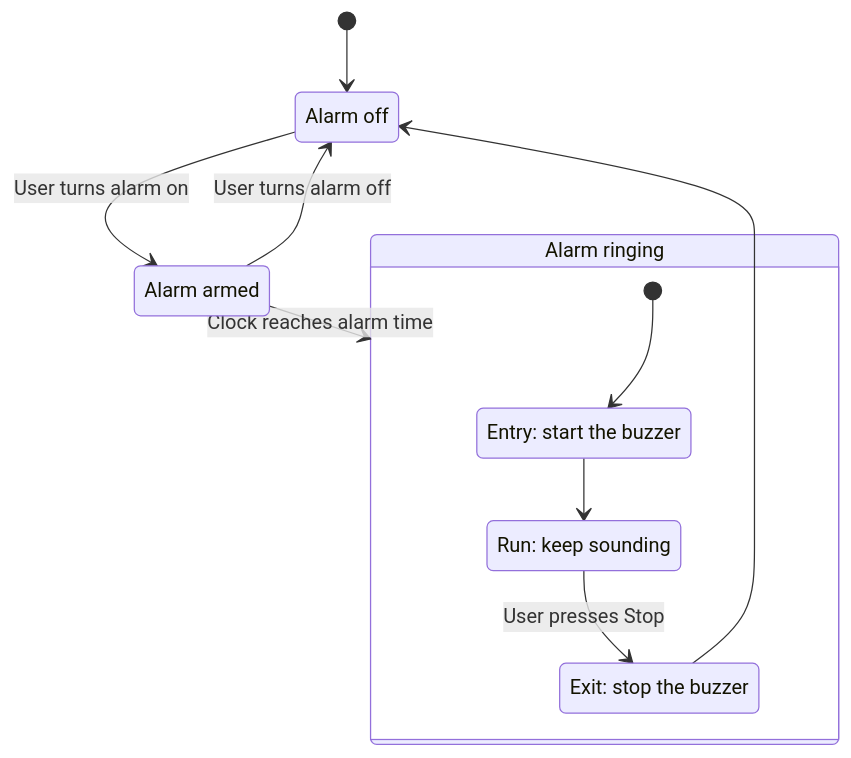
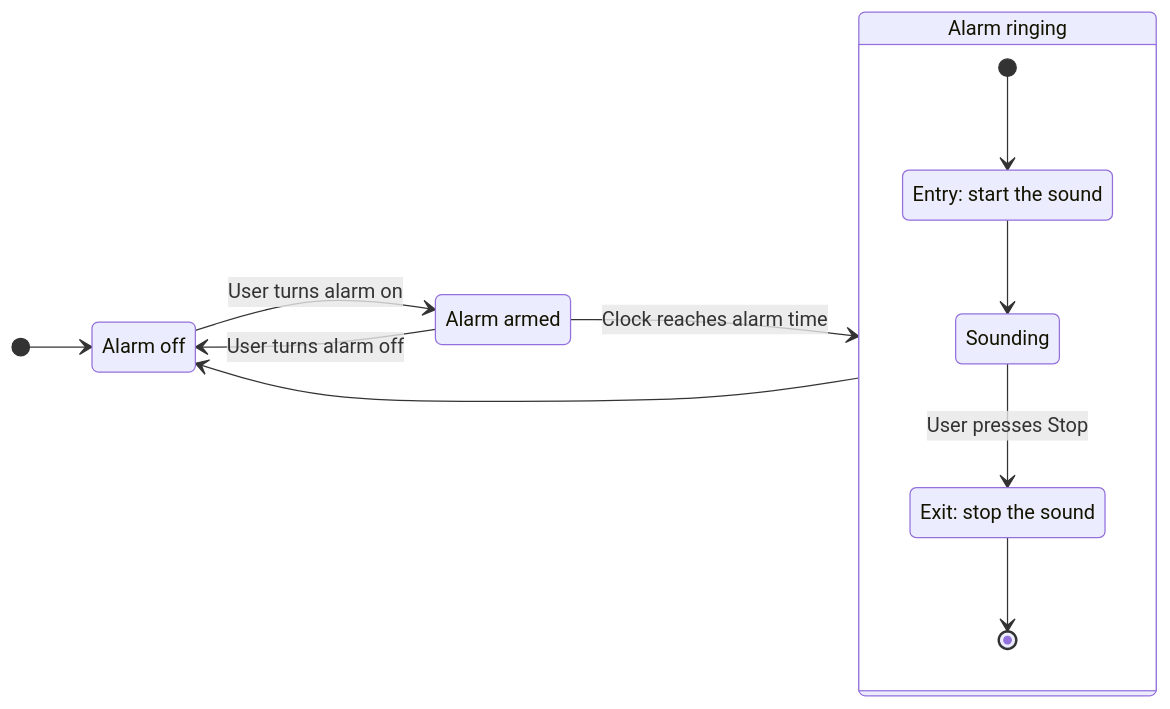
One commit to mlp6/MedTech-Prototyping-Skills changed the diagram in lectures/event-driven-state-machine.qmd. Above: the diagram before and after it, drawn with Mermaid. The commit also changed other lines of this file, not shown here.

Commit message:
update ringing state with entry/exit substates

````diff
--- a/lectures/event-driven-state-machine.qmd
+++ b/lectures/event-driven-state-machine.qmd
@@ -57,22 +60,23 @@
 ```mermaid
 stateDiagram-v2
-    direction TB
+    direction LR
 
     state "Alarm off" as Off
     state "Alarm armed" as Armed
     state "Alarm ringing" as Ringing {
-        state "Entry: start the buzzer" as RingingEntry
-        state "Run: keep sounding" as RingingRun
-        state "Exit: stop the buzzer" as RingingExit
+        state "Entry: start the sound" as RingingEntry
+        state "Sounding" as Sounding
+        state "Exit: stop the sound" as RingingExit
 
         [*] --> RingingEntry
-        RingingEntry --> RingingRun
-        RingingRun --> RingingExit : User presses Stop
+        RingingEntry --> Sounding
+        Sounding --> RingingExit : User presses Stop
+        RingingExit --> [*]
     }
 
     [*] --> Off
     Off --> Armed : User turns alarm on
     Armed --> Off : User turns alarm off
     Armed --> Ringing : Clock reaches alarm time
-    RingingExit --> Off
+    Ringing --> Off
 ```
````
